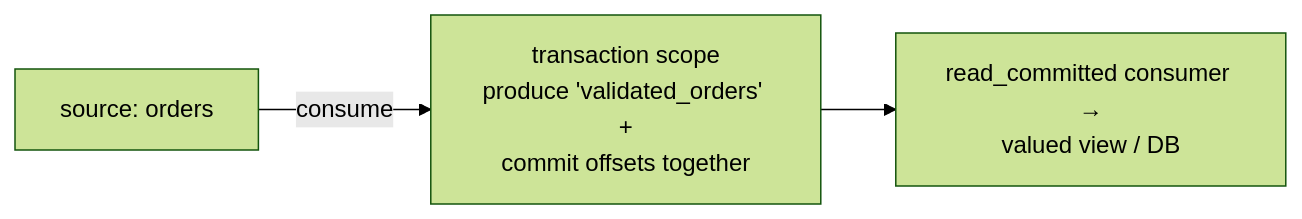
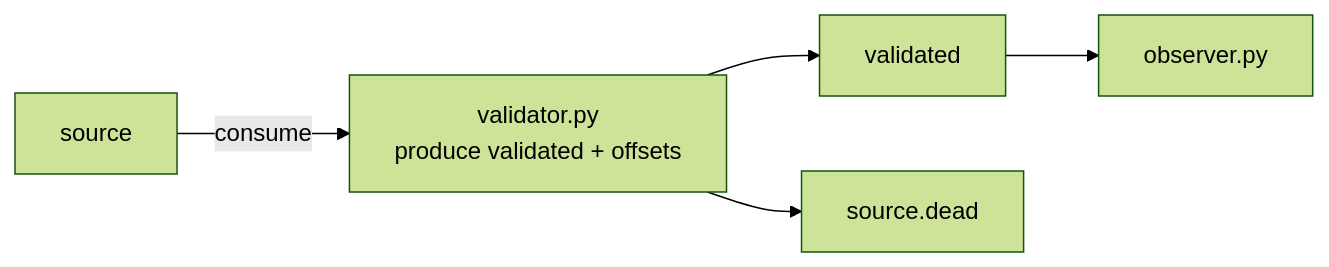
Before and after one commit to dineshpabbi10/system-design-handson: the diagram in docs/03-projects/p10-exactly-once.md, drawn with Mermaid (forest theme). The commit also changed other lines of this file and 14 other files, not shown here.

````diff
--- a/docs/03-projects/p10-exactly-once.md
+++ b/docs/03-projects/p10-exactly-once.md
@@ -15,4 +12,7 @@
 ```mermaid
 flowchart LR
-    S["source: orders"] -->|"consume"| T["transaction scope<br/>produce 'validated_orders' +<br/>commit offsets together"] --> R["read_committed consumer →<br/>valued view / DB"]
+    S["source"] -->|"consume"| T["validator.py<br/>produce validated + offsets"]
+    T --> V["validated"]
+    T --> D["source.dead"]
+    V --> O["observer.py"]
 ```
````
